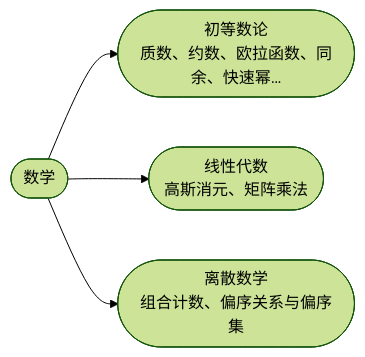
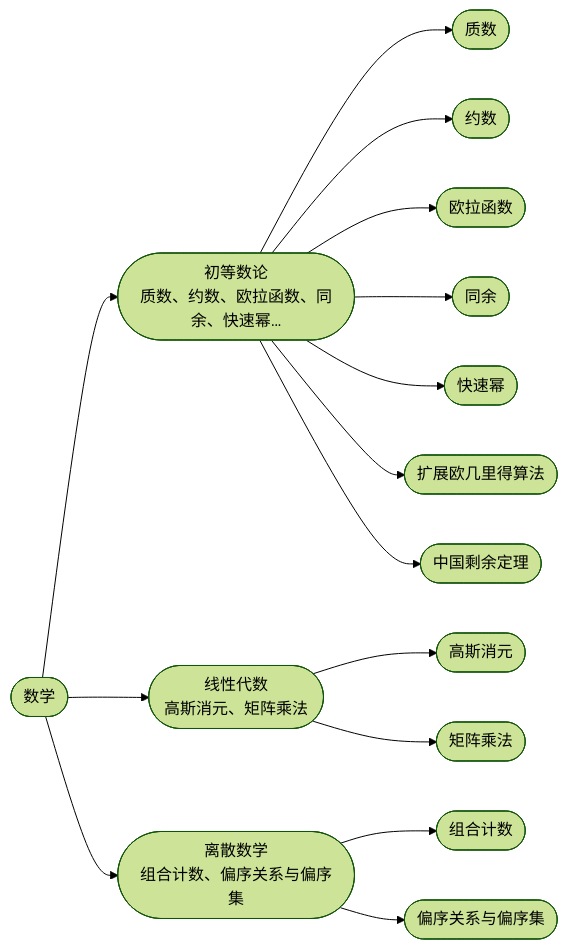
One commit to cuberxl/Coders-Note changed the diagram in 8-数学/index.md. Above: the diagram before and after it, drawn with Mermaid (forest theme). The commit also changed 8 other files, not shown here.

````diff
--- a/8-数学/index.md
+++ b/8-数学/index.md
@@ -23,7 +23,18 @@
 ```mermaid
 flowchart LR
     R(["数学"])
     R --> N1(["初等数论<br/>质数、约数、欧拉函数、同余、快速幂…"])
+    N1 --> N1_1(["质数"])
+    N1 --> N1_2(["约数"])
+    N1 --> N1_3(["欧拉函数"])
+    N1 --> N1_4(["同余"])
+    N1 --> N1_5(["快速幂"])
+    N1 --> N1_6(["扩展欧几里得算法"])
+    N1 --> N1_7(["中国剩余定理"])
     R --> N2(["线性代数<br/>高斯消元、矩阵乘法"])
+    N2 --> N2_1(["高斯消元"])
+    N2 --> N2_2(["矩阵乘法"])
     R --> N3(["离散数学<br/>组合计数、偏序关系与偏序集"])
+    N3 --> N3_1(["组合计数"])
+    N3 --> N3_2(["偏序关系与偏序集"])
 ```
````
